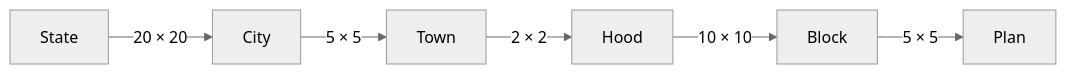
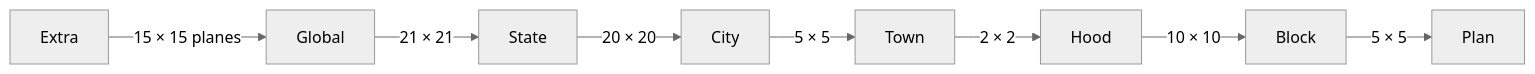
One commit to LL782/mundoko-maps changed the diagram in docs/architecture/domain-kernel.md. Above: the diagram before and after it, drawn with Mermaid (neutral theme). The commit also changed other lines of this file and 5 other files, not shown here.

First line of the commit message:
Define Extra (15×15 planes) and Global (Earth-diameter States)

````diff
--- a/docs/architecture/domain-kernel.md
+++ b/docs/architecture/domain-kernel.md
@@ -60,8 +90,10 @@
 ```mermaid
 flowchart LR
+    Extra -->|"15 × 15 planes"| Global
+    Global -->|"21 × 21"| State
     State -->|"20 × 20"| City
     City -->|"5 × 5"| Town
     Town -->|"2 × 2"| Hood
     Hood -->|"10 × 10"| Block
     Block -->|"5 × 5"| Plan
 ```
````
